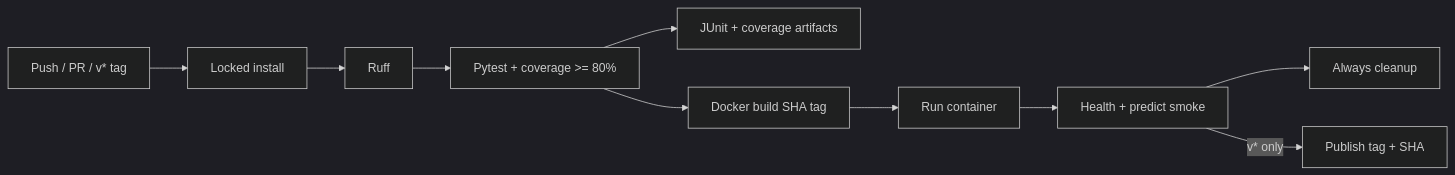
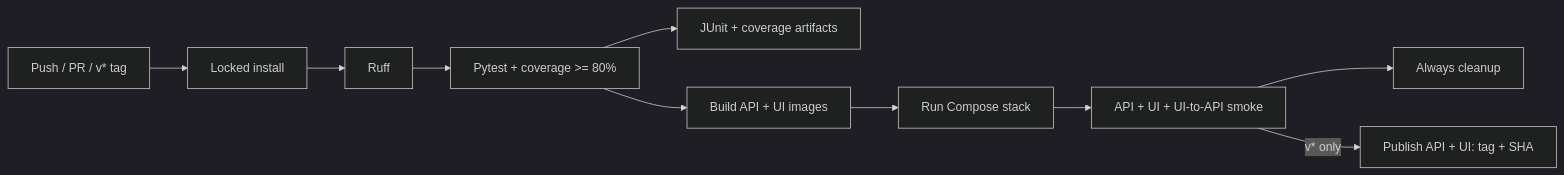
Before and after one commit to Agur-sama/mlops-toxic-comments: the second of 2 diagrams in docs/architecture.md, drawn with Mermaid (dark theme). The commit also changed other lines of this file and 12 other files, not shown here.

````diff
--- a/docs/architecture.md
+++ b/docs/architecture.md
@@ -30,12 +30,12 @@
 ```mermaid
 flowchart LR
     G[Push / PR / v* tag] --> Q[Locked install]
     Q --> L[Ruff]
     L --> T[Pytest + coverage >= 80%]
     T --> AR[JUnit + coverage artifacts]
-    T --> B[Docker build SHA tag]
-    B --> C[Run container]
-    C --> SM[Health + predict smoke]
+    T --> B[Build API + UI images]
+    B --> C[Run Compose stack]
+    C --> SM[API + UI + UI-to-API smoke]
     SM --> CL[Always cleanup]
-    SM -->|v* only| GHCR[Publish tag + SHA]
+    SM -->|v* only| GHCR[Publish API + UI: tag + SHA]
 ```
````
